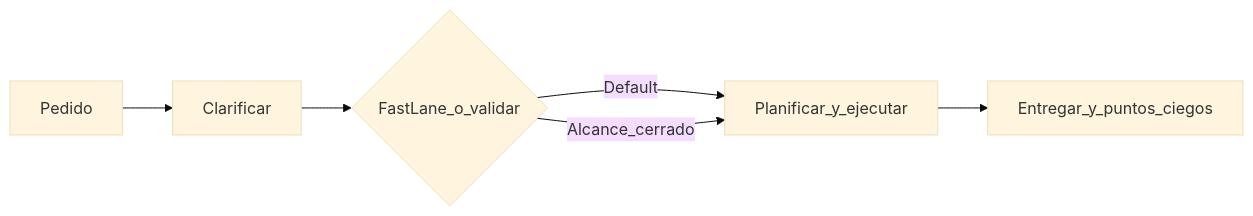
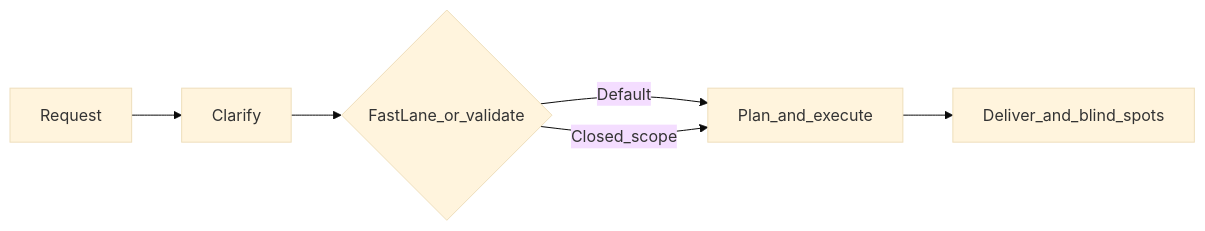
One commit to Mazalucas/El-DT-Lightweight-Army changed the diagram in README.md. Above: the diagram before and after it, drawn with Mermaid (base theme). The commit also changed other lines of this file, not shown here.

````diff
--- a/README.md
+++ b/README.md
@@ -53,13 +64,13 @@
 ```mermaid
 flowchart LR
-  req[Pedido]
-  clarify[Clarificar]
-  gate{FastLane_o_validar}
-  planExec[Planificar_y_ejecutar]
-  deliver[Entregar_y_puntos_ciegos]
+  req[Request]
+  clarify[Clarify]
+  gate{FastLane_or_validate}
+  planExec[Plan_and_execute]
+  deliver[Deliver_and_blind_spots]
   req --> clarify
   clarify --> gate
   gate -->|Default| planExec
-  gate -->|Alcance_cerrado| planExec
+  gate -->|Closed_scope| planExec
   planExec --> deliver
 ```
````
